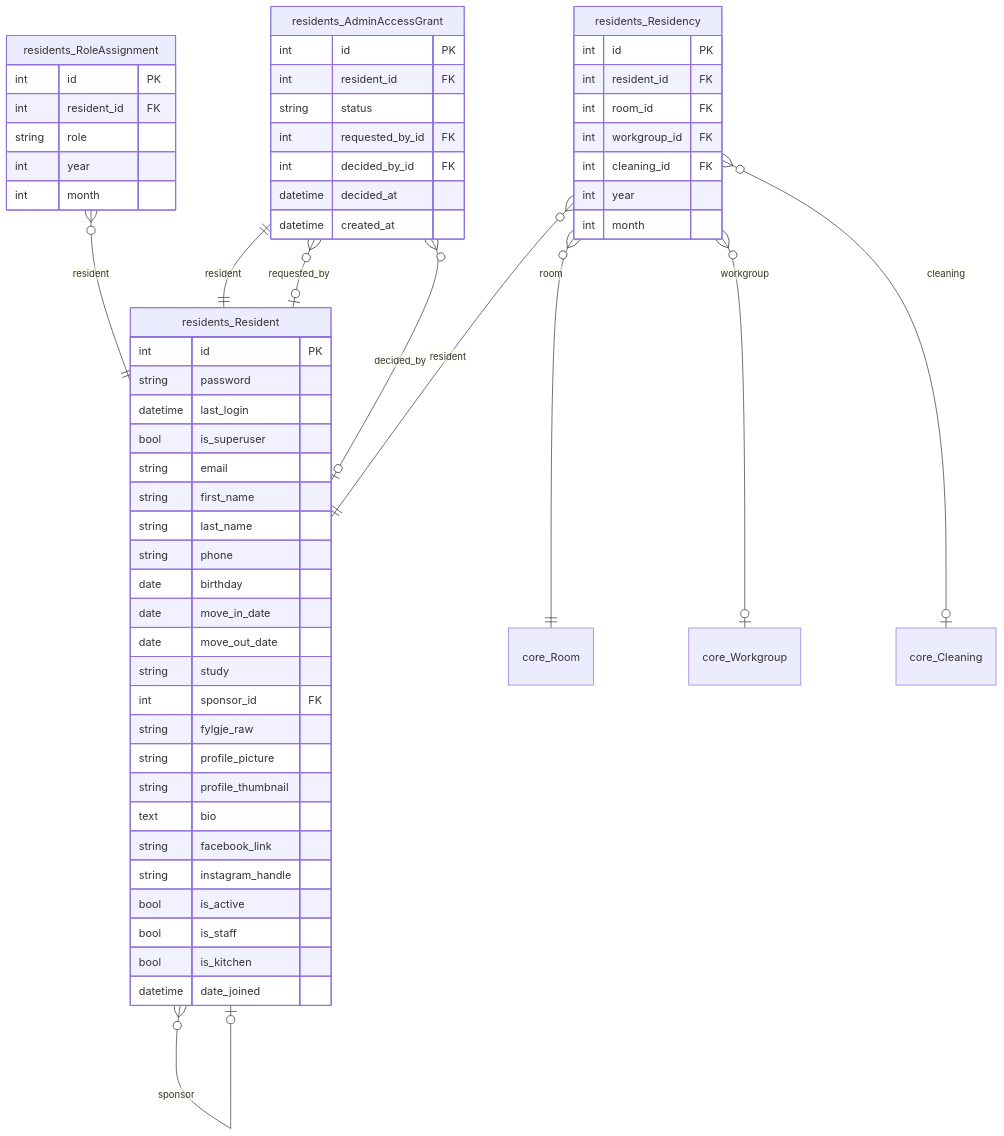
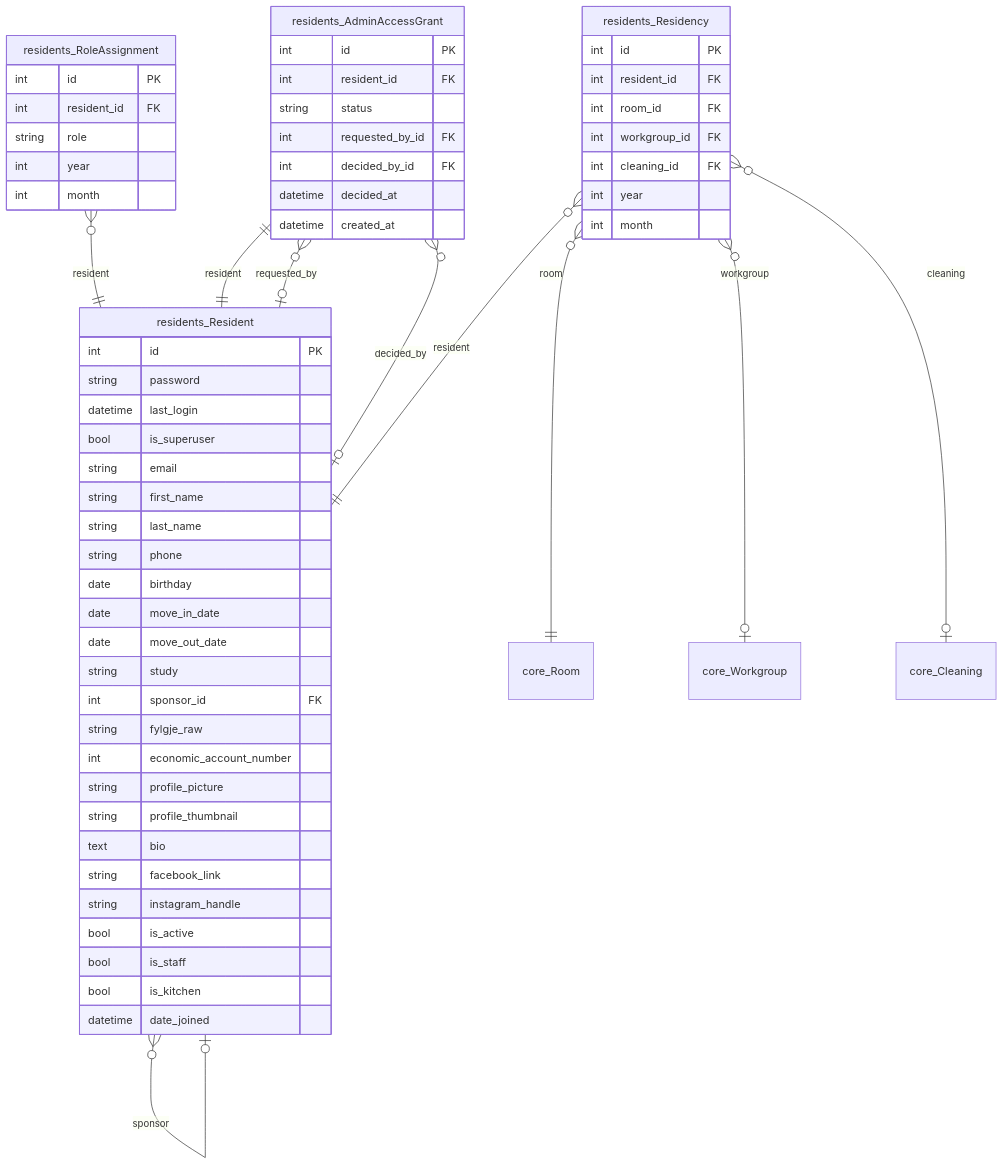
Before and after one commit to GAHK-org/gahk_intern: diagram 16 of 18 in docs/erd.md, drawn with Mermaid. The commit also changed other lines of this file and 36 other files, not shown here.

````diff
--- a/docs/erd.md
+++ b/docs/erd.md
@@ -1888,72 +1963,73 @@
 ```mermaid
 erDiagram
     residents_Resident {
         int id PK
         string password
         datetime last_login
         bool is_superuser
         string email
         string first_name
         string last_name
         string phone
         date birthday
         date move_in_date
         date move_out_date
         string study
         int sponsor_id FK
         string fylgje_raw
+        int economic_account_number
         string profile_picture
         string profile_thumbnail
         text bio
         string facebook_link
         string instagram_handle
         bool is_active
         bool is_staff
         bool is_kitchen
         datetime date_joined
     }
 
     residents_Residency {
         int id PK
         int resident_id FK
         int room_id FK
         int workgroup_id FK
         int cleaning_id FK
         int year
         int month
     }
 
     residents_RoleAssignment {
         int id PK
         int resident_id FK
         string role
         int year
         int month
     }
 
     residents_AdminAccessGrant {
         int id PK
         int resident_id FK
         string status
         int requested_by_id FK
         int decided_by_id FK
         datetime decided_at
         datetime created_at
     }
 
     core_Cleaning { }
 
     core_Room { }
 
     core_Workgroup { }
 
     residents_Resident }o--|o residents_Resident : "sponsor"
     residents_Residency }o--|| residents_Resident : "resident"
     residents_Residency }o--|| core_Room : "room"
     residents_Residency }o--|o core_Workgroup : "workgroup"
     residents_Residency }o--|o core_Cleaning : "cleaning"
     residents_RoleAssignment }o--|| residents_Resident : "resident"
     residents_AdminAccessGrant ||--|| residents_Resident : "resident"
     residents_AdminAccessGrant }o--|o residents_Resident : "requested_by"
     residents_AdminAccessGrant }o--|o residents_Resident : "decided_by"
 ```
````
